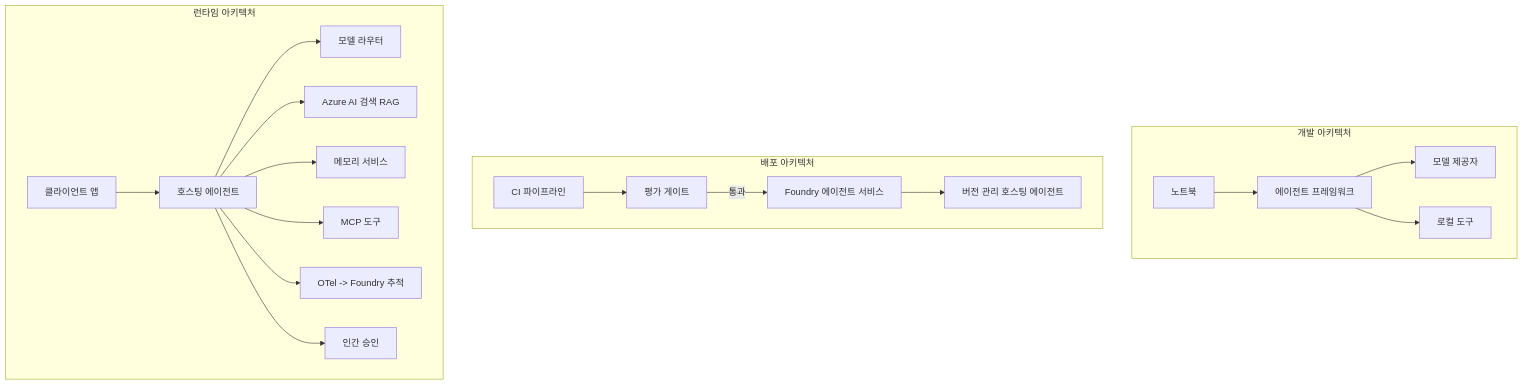
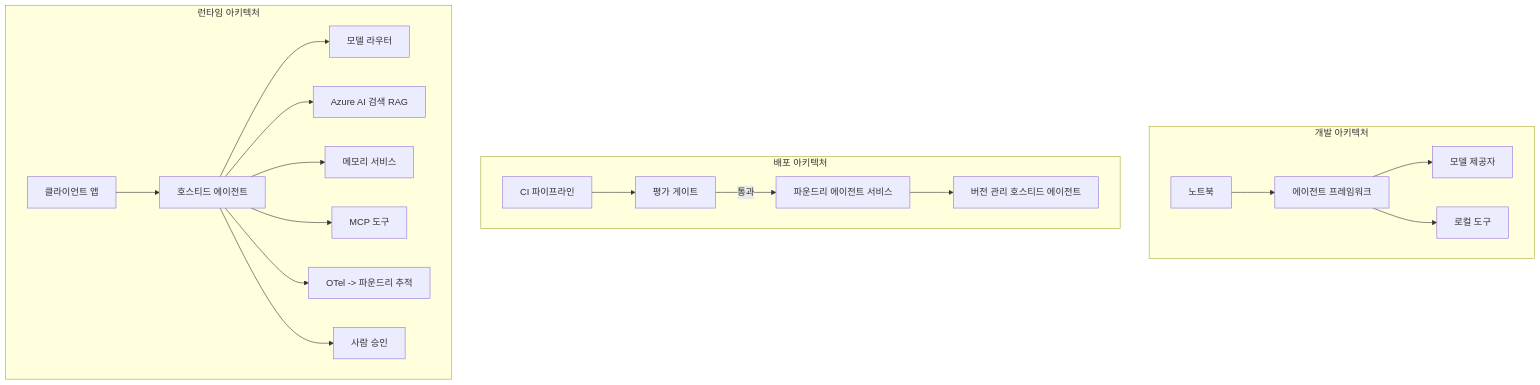
The fourth of 4 diagrams in mirrors/repos/microsoft@ai-agents-for-beginners/translations/ko/16-deploying-scalable-agents/README.md (gabrielmoreira/agent-skills-mirror), drawn with Mermaid before and after one commit. The commit also changed other lines of this file and 4262 other files, not shown here.

````diff
--- a/mirrors/repos/microsoft@ai-agents-for-beginners/translations/ko/16-deploying-scalable-agents/README.md
+++ b/mirrors/repos/microsoft@ai-agents-for-beginners/translations/ko/16-deploying-scalable-agents/README.md
@@ -185,22 +185,22 @@
 ```mermaid
 flowchart TB
     subgraph Dev[개발 아키텍처]
         D1[노트북] --> D2[에이전트 프레임워크]
         D2 --> D3[모델 제공자]
         D2 --> D4[로컬 도구]
     end
     subgraph Deploy[배포 아키텍처]
         E1[CI 파이프라인] --> E2[평가 게이트]
-        E2 -->|통과| E3[Foundry 에이전트 서비스]
-        E3 --> E4[버전 관리 호스팅 에이전트]
+        E2 -->|통과| E3[파운드리 에이전트 서비스]
+        E3 --> E4[버전 관리 호스티드 에이전트]
     end
     subgraph Run[런타임 아키텍처]
-        F1[클라이언트 앱] --> F2[호스팅 에이전트]
+        F1[클라이언트 앱] --> F2[호스티드 에이전트]
         F2 --> F3[모델 라우터]
         F2 --> F4[Azure AI 검색 RAG]
         F2 --> F5[메모리 서비스]
         F2 --> F6[MCP 도구]
-        F2 --> F7[OTel -> Foundry 추적]
-        F2 --> F8[인간 승인]
+        F2 --> F7[OTel -> 파운드리 추적]
+        F2 --> F8[사람 승인]
     end
 ```
````
